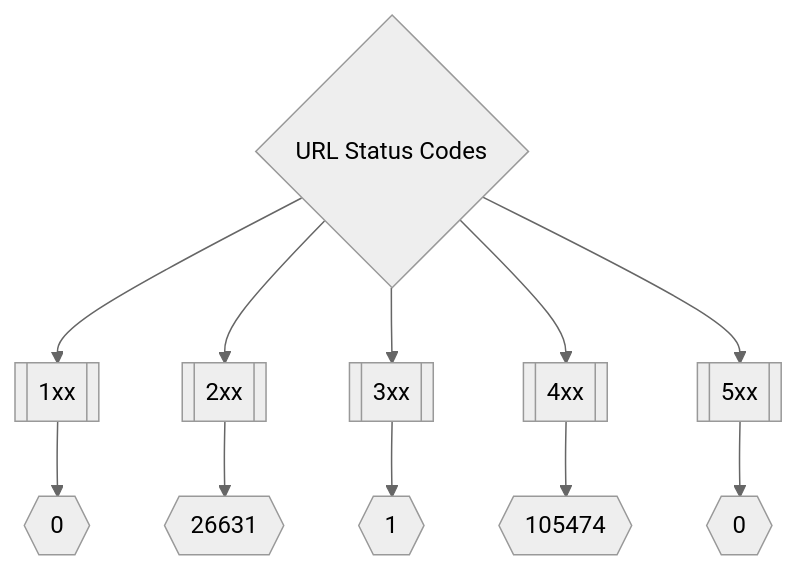
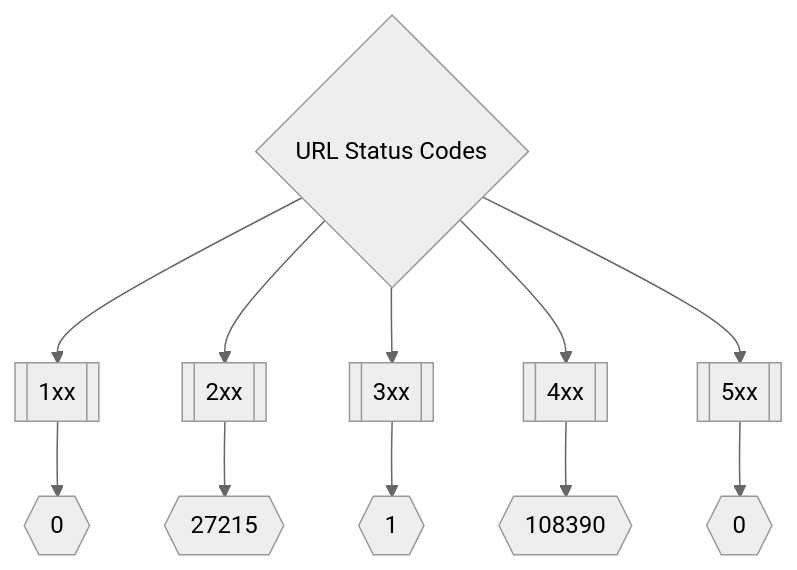
The second of 3 diagrams in README.md (trickest/inventory), drawn with Mermaid (neutral theme) before and after one commit. The commit also changed other lines of this file, not shown here.

Commit message:
Update Sun Mar 13 01:42:32 UTC 2022

````diff
--- a/README.md
+++ b/README.md
@@ -173,8 +173,8 @@
 ```mermaid
 graph TD
 title{URL Status Codes} --> 1xx[[1xx]] --> status1xxNum{{0}}
-title --> 2xx[[2xx]] --> status2xxNum{{26631}}
+title --> 2xx[[2xx]] --> status2xxNum{{27215}}
 title --> 3xx[[3xx]] --> status3xxNum{{1}}
-title --> 4xx[[4xx]] --> status4xxNum{{105474}}
+title --> 4xx[[4xx]] --> status4xxNum{{108390}}
 title --> 5xx[[5xx]] --> status5xxNum{{0}}
 ```
````
